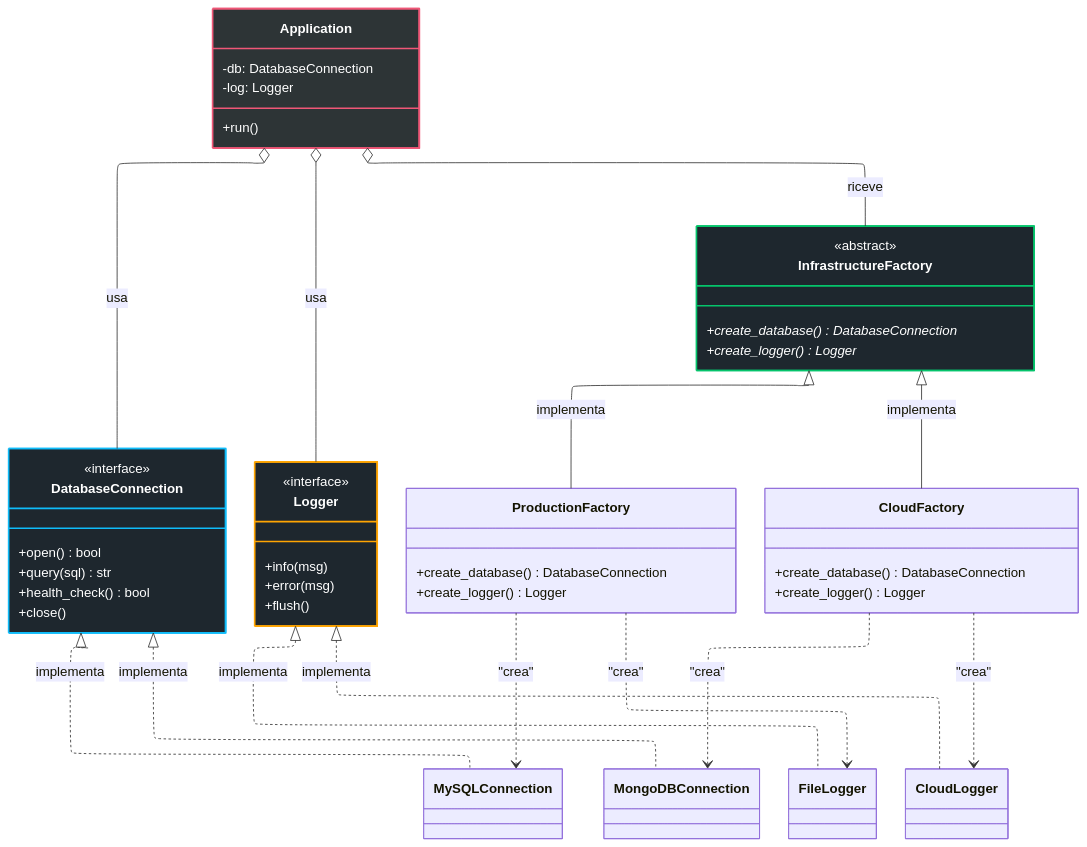
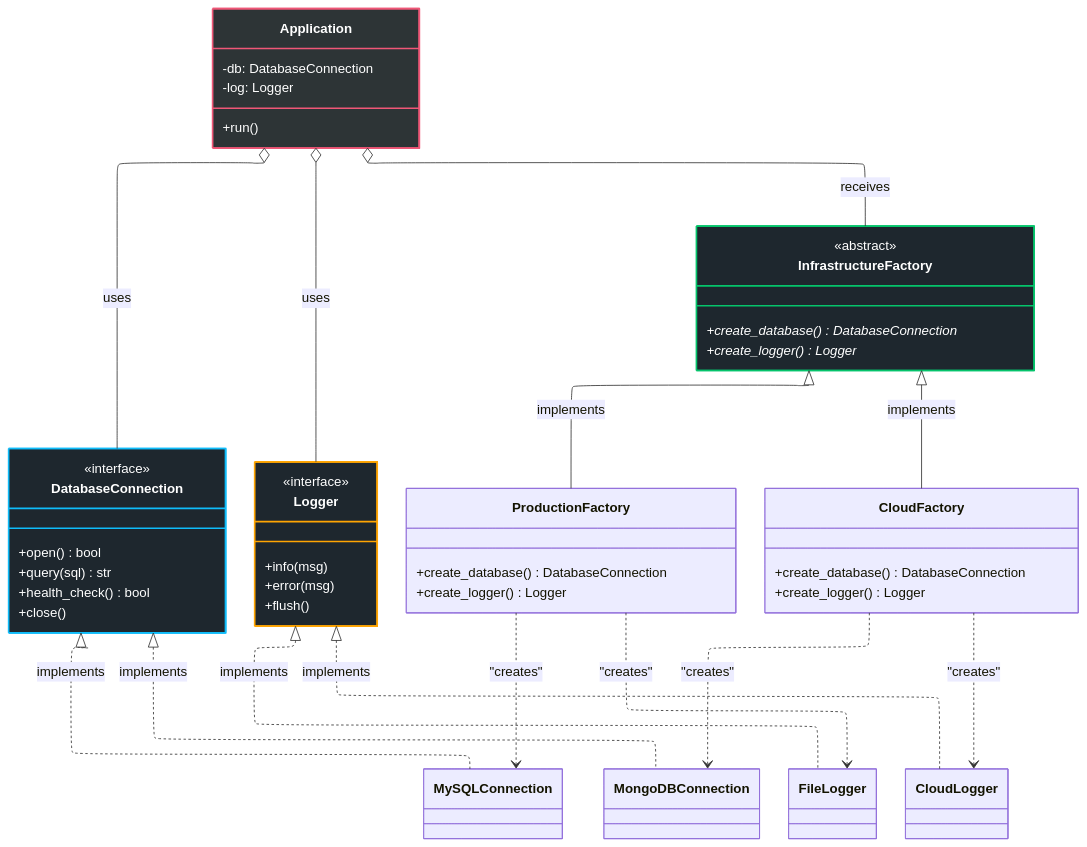
Before and after one commit to lucadileo9/design-pattern: the second of 3 diagrams in 01_creational/abstract-factory/README.md, drawn with Mermaid. The commit also changed other lines of this file and 43 other files, not shown here.

````diff
--- a/01_creational/abstract-factory/README.md
+++ b/01_creational/abstract-factory/README.md
@@ -117,73 +117,73 @@
 ```mermaid
 %%{init: {"layout": "elk"}}%%
 classDiagram
     direction TB
 
     %% --- INTERFACCE (PRODOTTI) ---
     class DatabaseConnection {
         <<interface>>
         +open() bool
         +query(sql) str
         +health_check() bool
         +close()
     }
 
     class Logger {
         <<interface>>
         +info(msg)
         +error(msg)
         +flush()
     }
 
     %% --- GERARCHIA FACTORY ---
     class InfrastructureFactory {
         <<abstract>>
         +create_database()* DatabaseConnection
         +create_logger()* Logger
     }
 
     class ProductionFactory {
         +create_database() DatabaseConnection
         +create_logger() Logger
     }
 
     class CloudFactory {
         +create_database() DatabaseConnection
         +create_logger() Logger
     }
 
     %% --- CLIENT ---
     class Application {
         -db: DatabaseConnection
         -log: Logger
         +run()
     }
 
     %% --- RELAZIONI ---
-    InfrastructureFactory <|-- ProductionFactory : implementa
-    InfrastructureFactory <|-- CloudFactory : implementa
+    InfrastructureFactory <|-- ProductionFactory : implements
+    InfrastructureFactory <|-- CloudFactory : implements
     
-    DatabaseConnection <|.. MySQLConnection : implementa
-    DatabaseConnection <|.. MongoDBConnection : implementa
+    DatabaseConnection <|.. MySQLConnection : implements
+    DatabaseConnection <|.. MongoDBConnection : implements
     
-    Logger <|.. FileLogger : implementa
-    Logger <|.. CloudLogger : implementa
+    Logger <|.. FileLogger : implements
+    Logger <|.. CloudLogger : implements
 
-    %% Relazioni di Creazione (Vicolo di coerenza)
-    ProductionFactory ..> MySQLConnection : "crea"
-    ProductionFactory ..> FileLogger : "crea"
+    %% Creation relationships (Consistency constraint)
+    ProductionFactory ..> MySQLConnection : "creates"
+    ProductionFactory ..> FileLogger : "creates"
     
-    CloudFactory ..> MongoDBConnection : "crea"
-    CloudFactory ..> CloudLogger : "crea"
+    CloudFactory ..> MongoDBConnection : "creates"
+    CloudFactory ..> CloudLogger : "creates"
 
-    %% Il Client usa solo le astrazioni
-    Application o-- InfrastructureFactory : riceve
-    Application o-- DatabaseConnection : usa
-    Application o-- Logger : usa
+    %% The Client uses only abstractions
+    Application o-- InfrastructureFactory : receives
+    Application o-- DatabaseConnection : uses
+    Application o-- Logger : uses
 
     %% Styling
     style InfrastructureFactory fill:#1e272e,stroke:#05c46b,stroke-width:2px,color:#fff
     style DatabaseConnection fill:#1e272e,stroke:#0fbcf9,stroke-width:2px,color:#fff
     style Logger fill:#1e272e,stroke:#ffa502,stroke-width:2px,color:#fff
     style Application fill:#2d3436,stroke:#ef5777,stroke-width:2px,color:#fff
 ```
````
